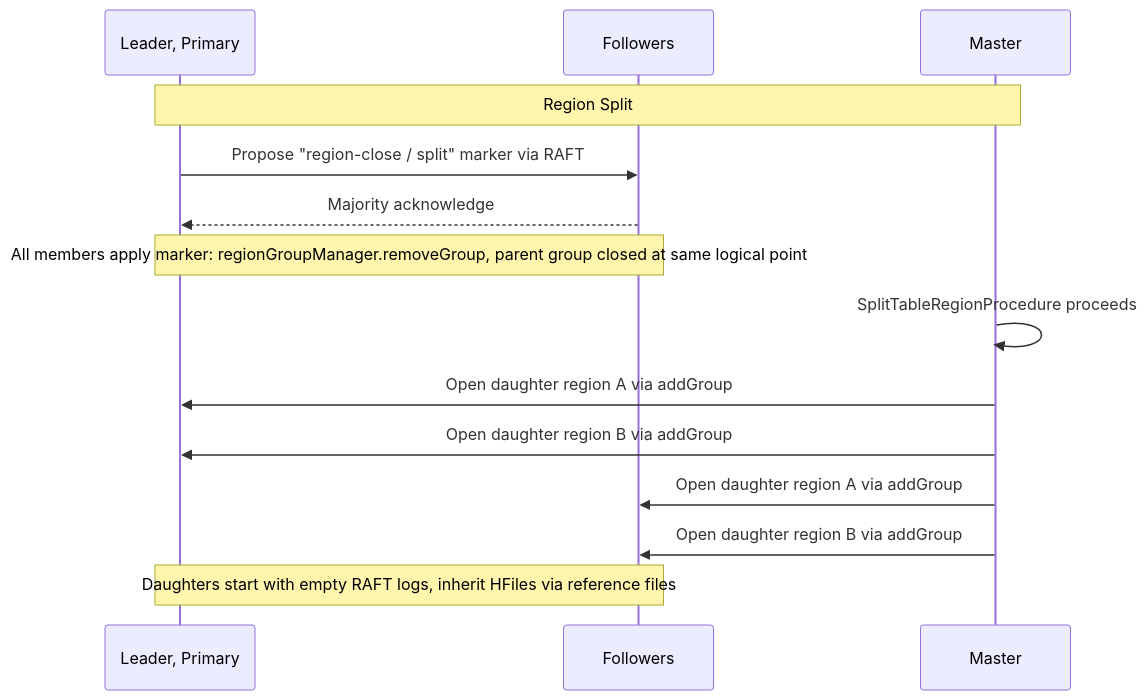
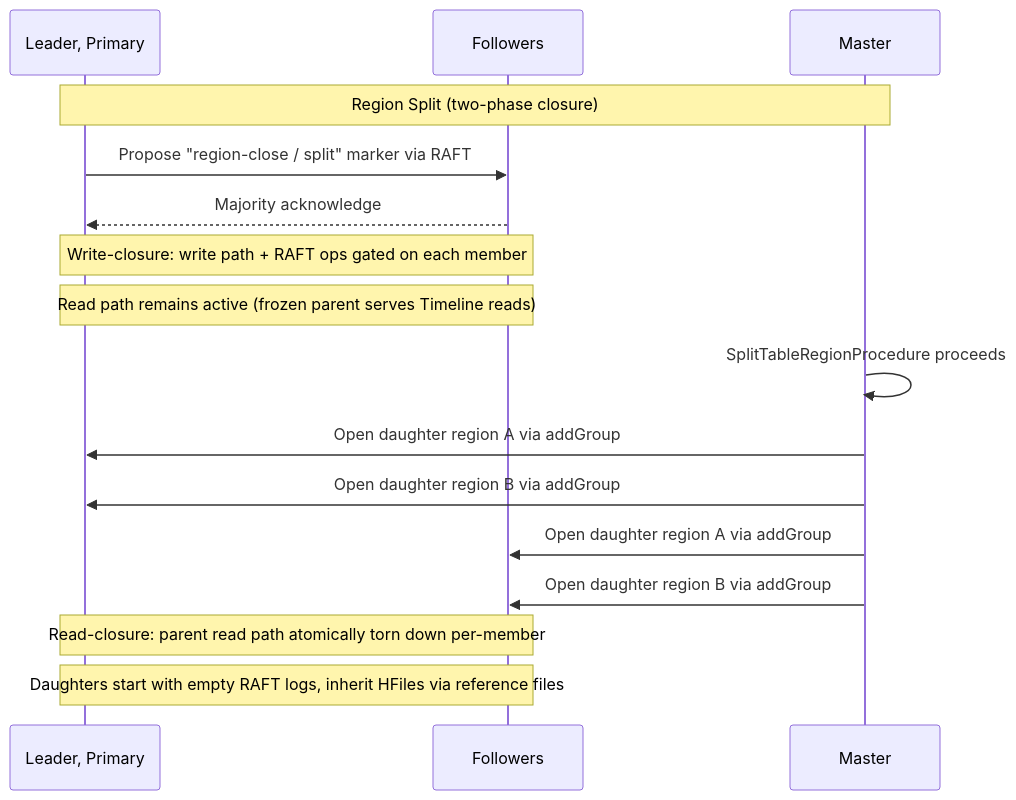
One commit to apurtell/hbase changed the ninth of 17 diagrams in RAFT_REGION_REPLICAS.md. Above: the diagram before and after it, drawn with Mermaid. The commit also changed other lines of this file and 4 other files, not shown here.

Commit message:
TLA+ RaftRegionReplica: WIP (split/merge improvements)

````diff
--- a/RAFT_REGION_REPLICAS.md
+++ b/RAFT_REGION_REPLICAS.md
@@ -695,22 +697,24 @@
 ```mermaid
 sequenceDiagram
     participant L as Leader, Primary
     participant F as Followers
     participant M as Master
 
-    Note over L,M: Region Split
+    Note over L,M: Region Split (two-phase closure)
 
     L->>F: Propose "region-close / split" marker via RAFT
     F-->>L: Majority acknowledge
 
-    Note over L,F: All members apply marker: regionGroupManager.removeGroup, parent group closed at same logical point
+    Note over L,F: Write-closure: write path + RAFT ops gated on each member
+    Note over L,F: Read path remains active (frozen parent serves Timeline reads)
 
     M->>M: SplitTableRegionProcedure proceeds
 
     M->>L: Open daughter region A via addGroup
     M->>L: Open daughter region B via addGroup
     M->>F: Open daughter region A via addGroup
     M->>F: Open daughter region B via addGroup
 
+    Note over L,F: Read-closure: parent read path atomically torn down per-member
     Note over L,F: Daughters start with empty RAFT logs, inherit HFiles via reference files
 ```
````
